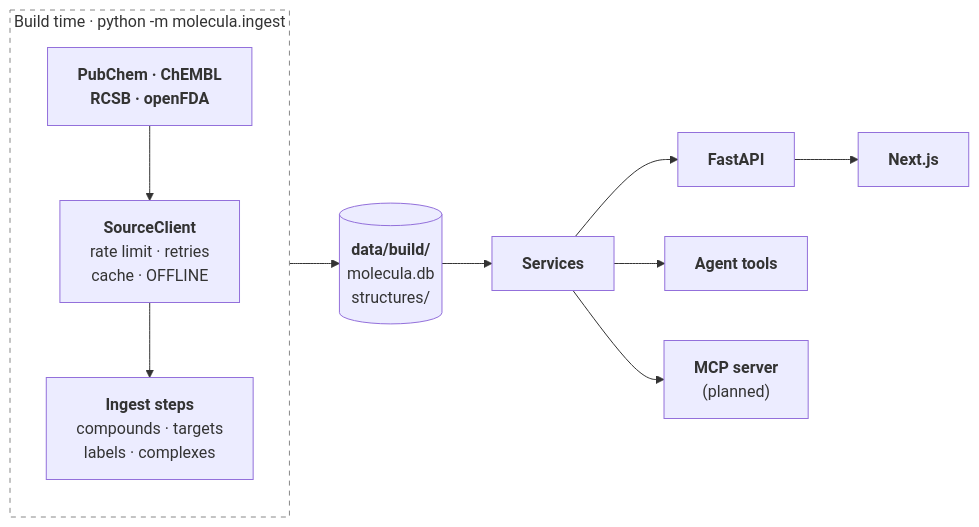
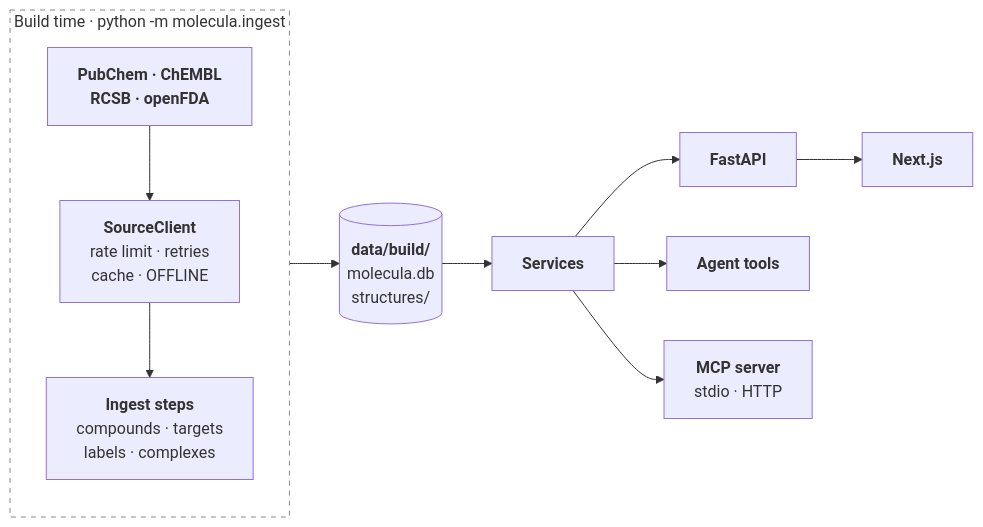
The diagram in docs/architecture.md (DannyKuk/molecula), drawn with Mermaid before and after one commit. The commit also changed other lines of this file and 16 other files, not shown here.

First line of the commit message:
Serve the agent's tools as an MCP server, and let the chat use them through it (#300)

````diff
--- a/docs/architecture.md
+++ b/docs/architecture.md
@@ -5,21 +5,21 @@
 ```mermaid
 flowchart LR
     subgraph BUILD["Build time · python -m molecula.ingest"]
         direction TB
         SRC["<b>PubChem · ChEMBL<br/>RCSB · openFDA</b>"]
         SC["<b>SourceClient</b><br/>rate limit · retries<br/>cache · OFFLINE"]
         ING["<b>Ingest steps</b><br/>compounds · targets<br/>labels · complexes"]
         SRC --> SC --> ING
     end
     DB[("<b>data/build/</b><br/>molecula.db<br/>structures/")]
     SVC["<b>Services</b>"]
     API["<b>FastAPI</b>"]
     AG["<b>Agent tools</b>"]
-    MCP["<b>MCP server</b><br/>(planned)"]
+    MCP["<b>MCP server</b><br/>stdio · HTTP"]
     FE["<b>Next.js</b>"]
     ING --> DB --> SVC
     SVC --> API --> FE
     SVC --> AG
     SVC --> MCP
     style BUILD fill:none,stroke:#888,stroke-dasharray:5 5
 ```
````
